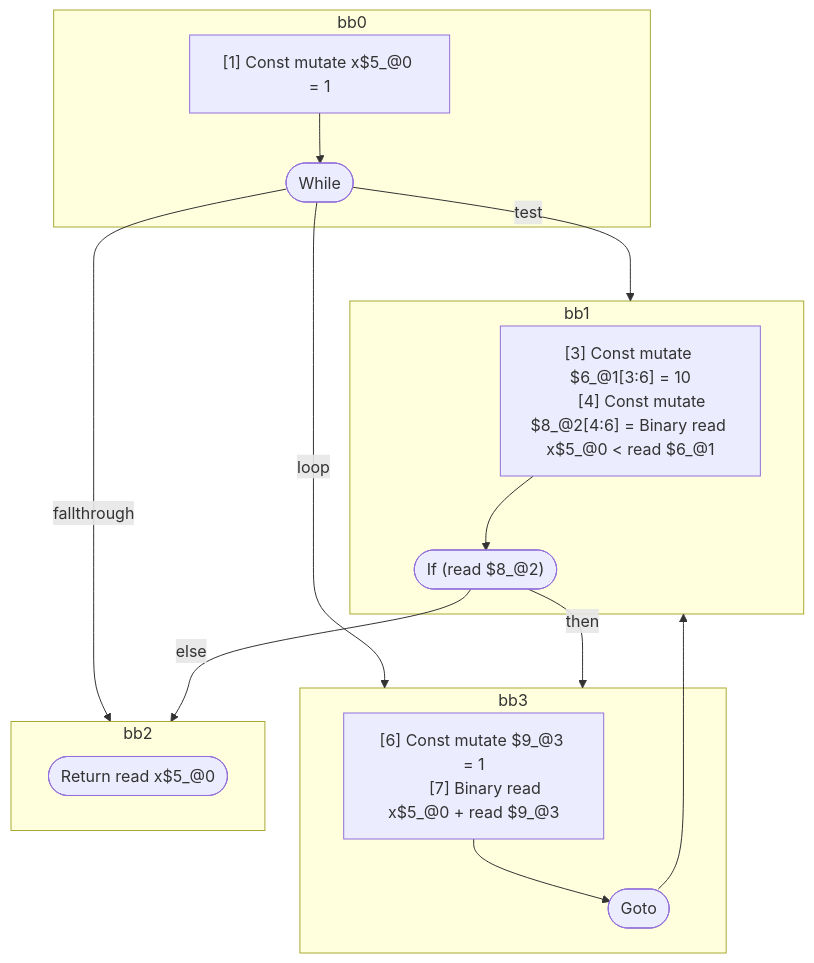
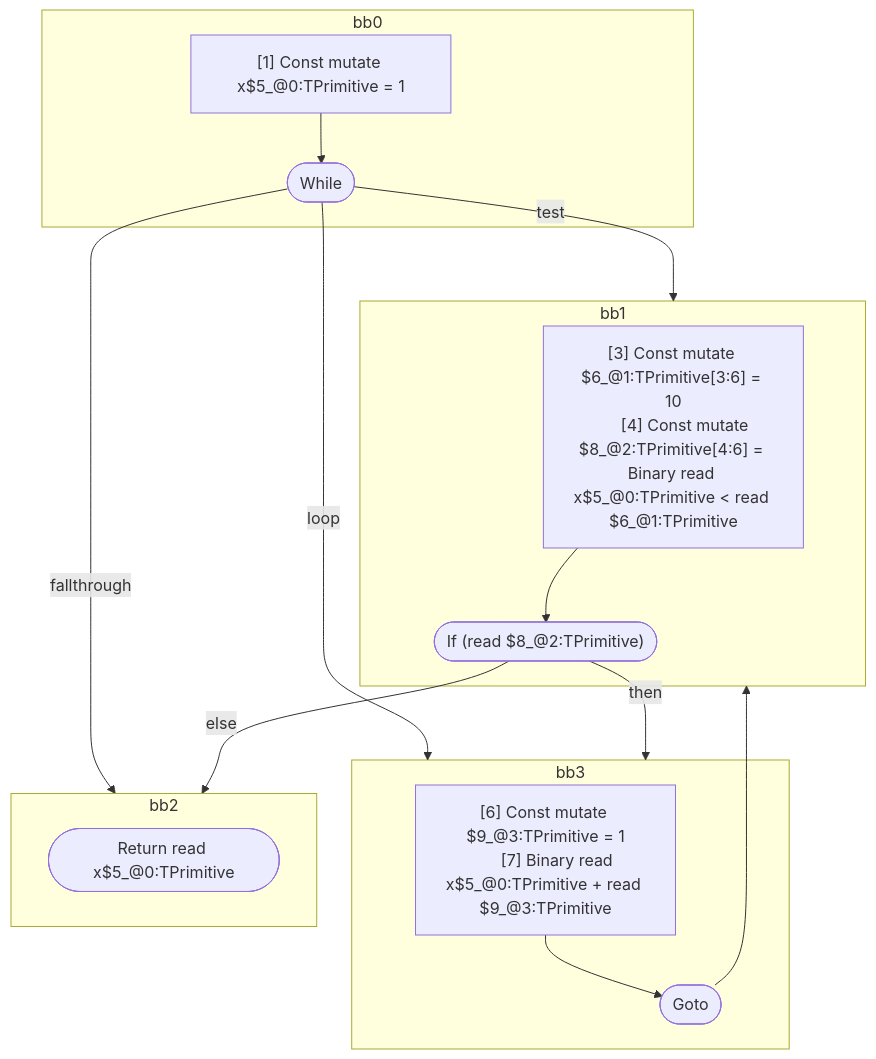
Before and after one commit to wutsmog/private: the diagram in compiler/forget/src/__tests__/fixtures/hir/ssa-while-no-reassign.expect.md, drawn with Mermaid. The commit also changed other lines of this file and 112 other files, not shown here.

````diff
--- a/compiler/forget/src/__tests__/fixtures/hir/ssa-while-no-reassign.expect.md
+++ b/compiler/forget/src/__tests__/fixtures/hir/ssa-while-no-reassign.expect.md
@@ -66,36 +66,36 @@
 ```mermaid
 flowchart TB
   %% Basic Blocks
   subgraph bb0
     bb0_instrs["
-      [1] Const mutate x$5_@0 = 1
+      [1] Const mutate x$5_@0:TPrimitive = 1
     "]
     bb0_instrs --> bb0_terminal(["While"])
   end
   subgraph bb1
     bb1_instrs["
-      [3] Const mutate $6_@1[3:6] = 10
-      [4] Const mutate $8_@2[4:6] = Binary read x$5_@0 < read $6_@1
+      [3] Const mutate $6_@1:TPrimitive[3:6] = 10
+      [4] Const mutate $8_@2:TPrimitive[4:6] = Binary read x$5_@0:TPrimitive < read $6_@1:TPrimitive
     "]
-    bb1_instrs --> bb1_terminal(["If (read $8_@2)"])
+    bb1_instrs --> bb1_terminal(["If (read $8_@2:TPrimitive)"])
   end
   subgraph bb3
     bb3_instrs["
-      [6] Const mutate $9_@3 = 1
-      [7] Binary read x$5_@0 + read $9_@3
+      [6] Const mutate $9_@3:TPrimitive = 1
+      [7] Binary read x$5_@0:TPrimitive + read $9_@3:TPrimitive
     "]
     bb3_instrs --> bb3_terminal(["Goto"])
   end
   subgraph bb2
-    bb2_terminal(["Return read x$5_@0"])
+    bb2_terminal(["Return read x$5_@0:TPrimitive"])
   end
 
   %% Jumps
   bb0_terminal -- "test" --> bb1
   bb0_terminal -- "loop" --> bb3
   bb0_terminal -- "fallthrough" --> bb2
   bb1_terminal -- "then" --> bb3
   bb1_terminal -- "else" --> bb2
   bb3_terminal --> bb1
 
 ```
````
